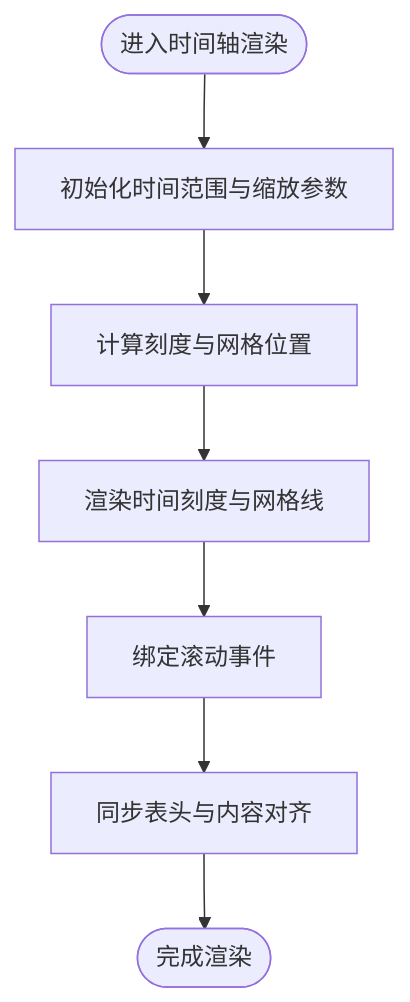
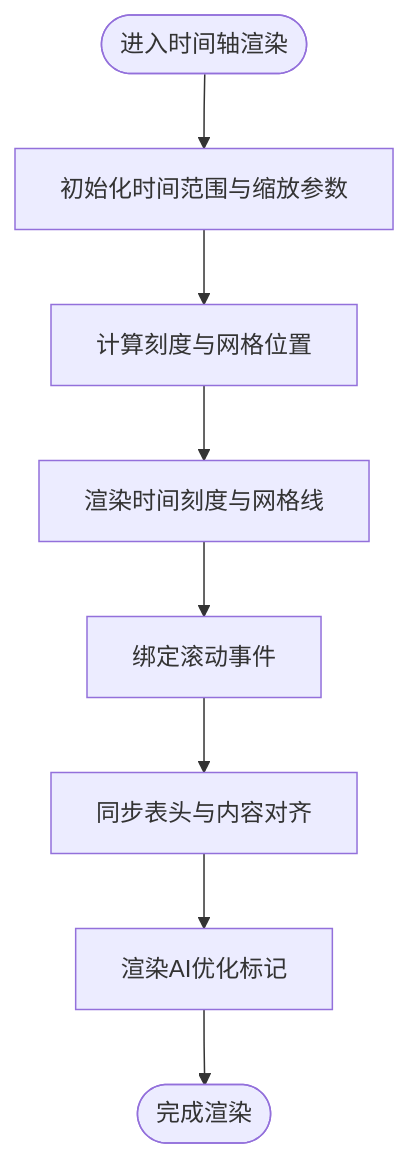
The third of 8 diagrams in .qoder/repowiki/zh/content/核心组件/日程管理组件 (DailySchedule).md (xianjianshenqu/SalesFlow-CRM), drawn with Mermaid before and after one commit. The commit also changed other lines of this file and 15 other files, not shown here.

````diff
--- a/.qoder/repowiki/zh/content/核心组件/日程管理组件 (DailySchedule).md
+++ b/.qoder/repowiki/zh/content/核心组件/日程管理组件 (DailySchedule).md
@@ -102,9 +123,10 @@
 ```mermaid
 flowchart TD
 Start(["进入时间轴渲染"]) --> Init["初始化时间范围与缩放参数"]
 Init --> ComputeGrid["计算刻度与网格位置"]
 ComputeGrid --> RenderTicks["渲染时间刻度与网格线"]
 RenderTicks --> BindScroll["绑定滚动事件"]
 BindScroll --> SyncHeader["同步表头与内容对齐"]
-SyncHeader --> End(["完成渲染"])
+SyncHeader --> AIOverlay["渲染AI优化标记"]
+AIOverlay --> End(["完成渲染"])
 ```
````
